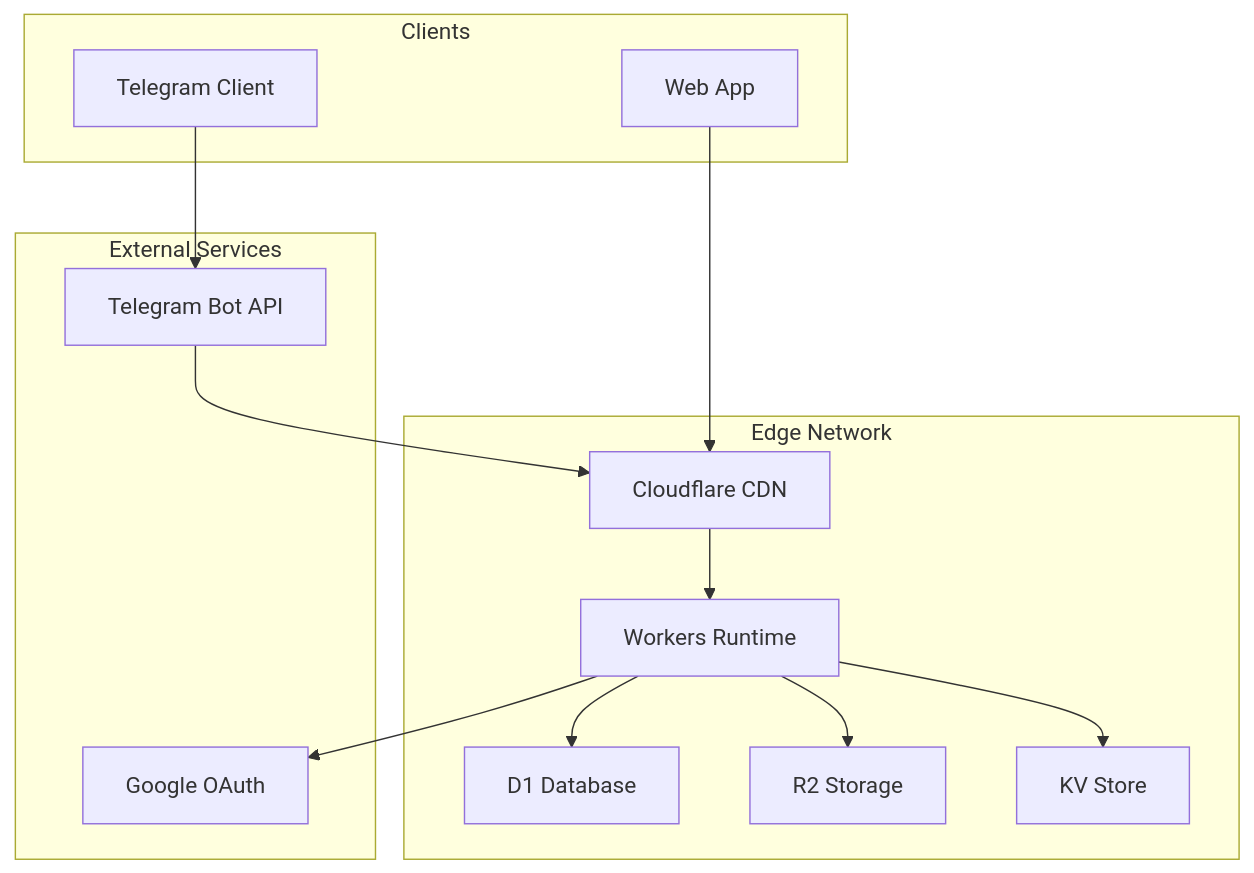
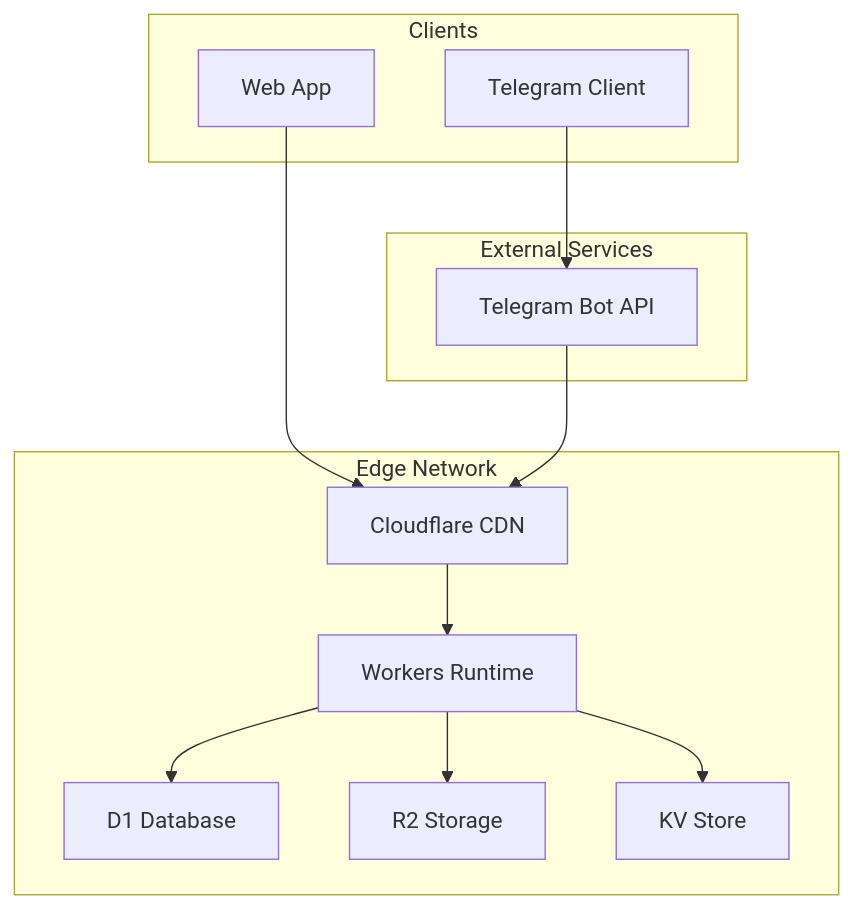
One commit to igor-kupczynski/ZenFast changed the diagram in specs/infra-cloudflare.md. Above: the diagram before and after it, drawn with Mermaid. The commit also changed other lines of this file and 3 other files, not shown here.

````diff
--- a/specs/infra-cloudflare.md
+++ b/specs/infra-cloudflare.md
@@ -9,29 +9,27 @@
 ```mermaid
 graph TB
     subgraph "Edge Network"
         CF[Cloudflare CDN]
         W[Workers Runtime]
         D1[D1 Database]
         R2[R2 Storage]
         KV[KV Store]
     end
     
     subgraph "External Services"
-        G[Google OAuth]
         T[Telegram Bot API]
     end
     
     subgraph "Clients"
         WEB[Web App]
         TG[Telegram Client]
     end
     
     WEB --> CF
     TG --> T
     T --> CF
     CF --> W
     W --> D1
     W --> R2
     W --> KV
-    W --> G
 ```
````
